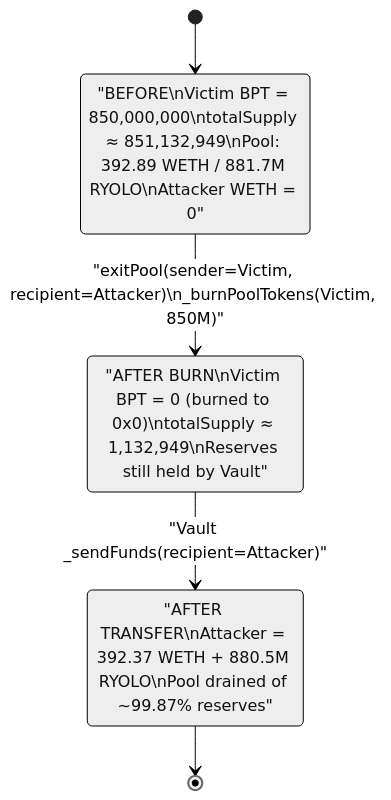
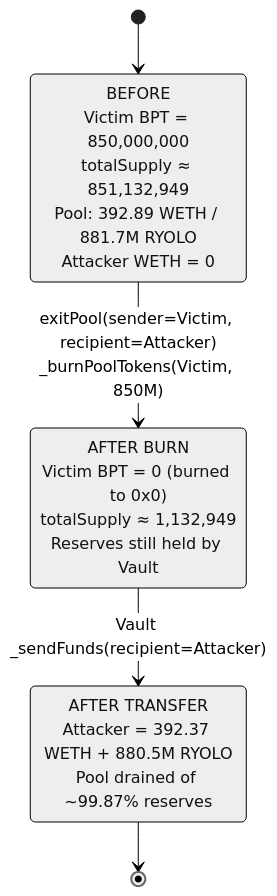
The second of 3 diagrams in 2024-06-Bazaar_exp/Bazaar_exp.md (sanbir/evm-hack-registry), drawn with Mermaid (neutral theme) before and after one commit. The commit also changed 280 other files, not shown here.

Commit message:
mermaid fixes

````diff
--- a/2024-06-Bazaar_exp/Bazaar_exp.md
+++ b/2024-06-Bazaar_exp/Bazaar_exp.md
@@ -269,10 +269,10 @@
 ```mermaid
 stateDiagram-v2
     [*] --> Honest
-    Honest : "BEFORE\nVictim BPT = 850,000,000\ntotalSupply ≈ 851,132,949\nPool: 392.89 WETH / 881.7M RYOLO\nAttacker WETH = 0"
-    Honest --> Burned : "exitPool(sender=Victim, recipient=Attacker)\n_burnPoolTokens(Victim, 850M)"
-    Burned : "AFTER BURN\nVictim BPT = 0 (burned to 0x0)\ntotalSupply ≈ 1,132,949\nReserves still held by Vault"
-    Burned --> Drained : "Vault _sendFunds(recipient=Attacker)"
-    Drained : "AFTER TRANSFER\nAttacker = 392.37 WETH + 880.5M RYOLO\nPool drained of ~99.87% reserves"
+    Honest : BEFORE<br/>Victim BPT = 850,000,000<br/>totalSupply ≈ 851,132,949<br/>Pool#58; 392.89 WETH / 881.7M RYOLO<br/>Attacker WETH = 0
+    Honest --> Burned : exitPool(sender=Victim, recipient=Attacker)<br/>_burnPoolTokens(Victim, 850M)
+    Burned : AFTER BURN<br/>Victim BPT = 0 (burned to 0x0)<br/>totalSupply ≈ 1,132,949<br/>Reserves still held by Vault
+    Burned --> Drained : Vault _sendFunds(recipient=Attacker)
+    Drained : AFTER TRANSFER<br/>Attacker = 392.37 WETH + 880.5M RYOLO<br/>Pool drained of ~99.87% reserves
     Drained --> [*]
 ```
````
